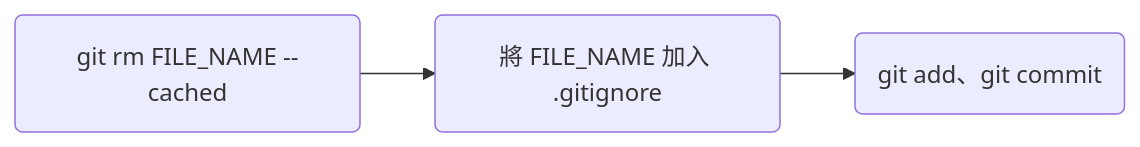
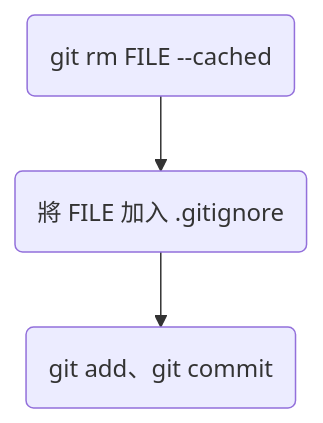
One commit to bingyangchen/KM-software changed the second of 2 diagrams in Tools/Git/L4 - Ignore.md. Above: the diagram before and after it, drawn with Mermaid. The commit also changed other lines of this file and 33 other files, not shown here.

````diff
--- a/Tools/Git/L4 - Ignore.md
+++ b/Tools/Git/L4 - Ignore.md
@@ -39,8 +39,8 @@
 ```mermaid
-flowchart LR
-    id1("git rm FILE_NAME --cached")
-    id2("將 FILE_NAME 加入 .gitignore")
+flowchart TD
+    id1("git rm FILE --cached")
+    id2("將 FILE 加入 .gitignore")
     id3("git add、git commit")
     id1 --> id2
     id2 --> id3
 ```
````
